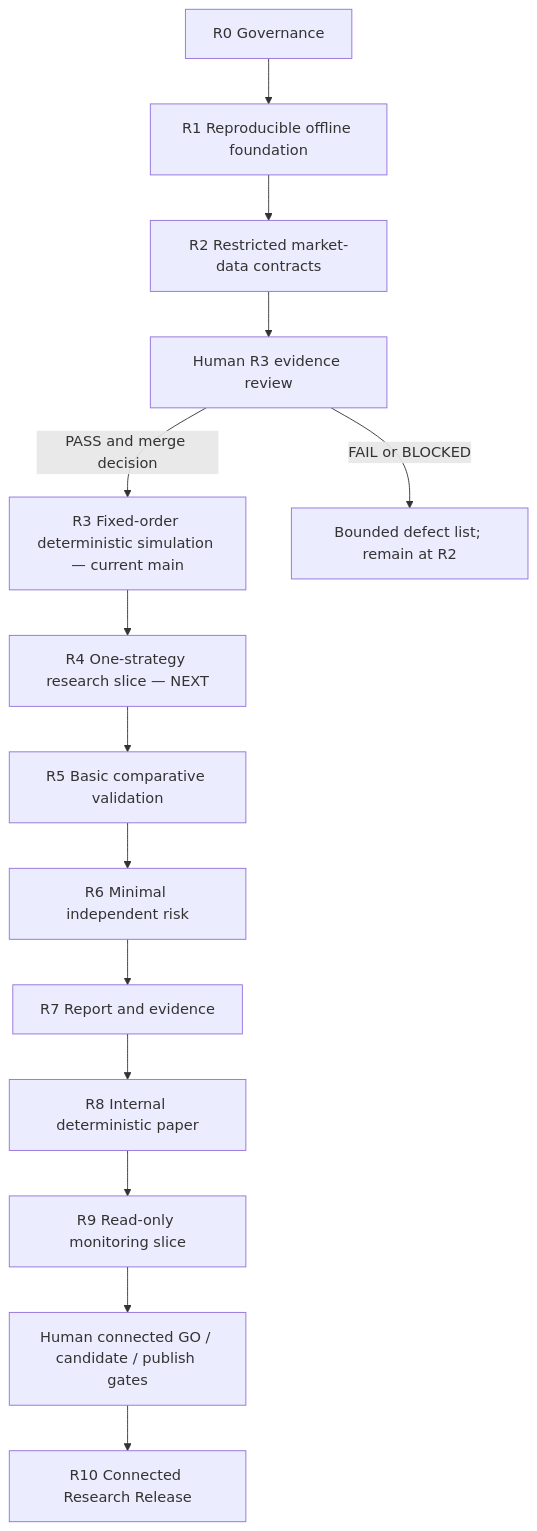
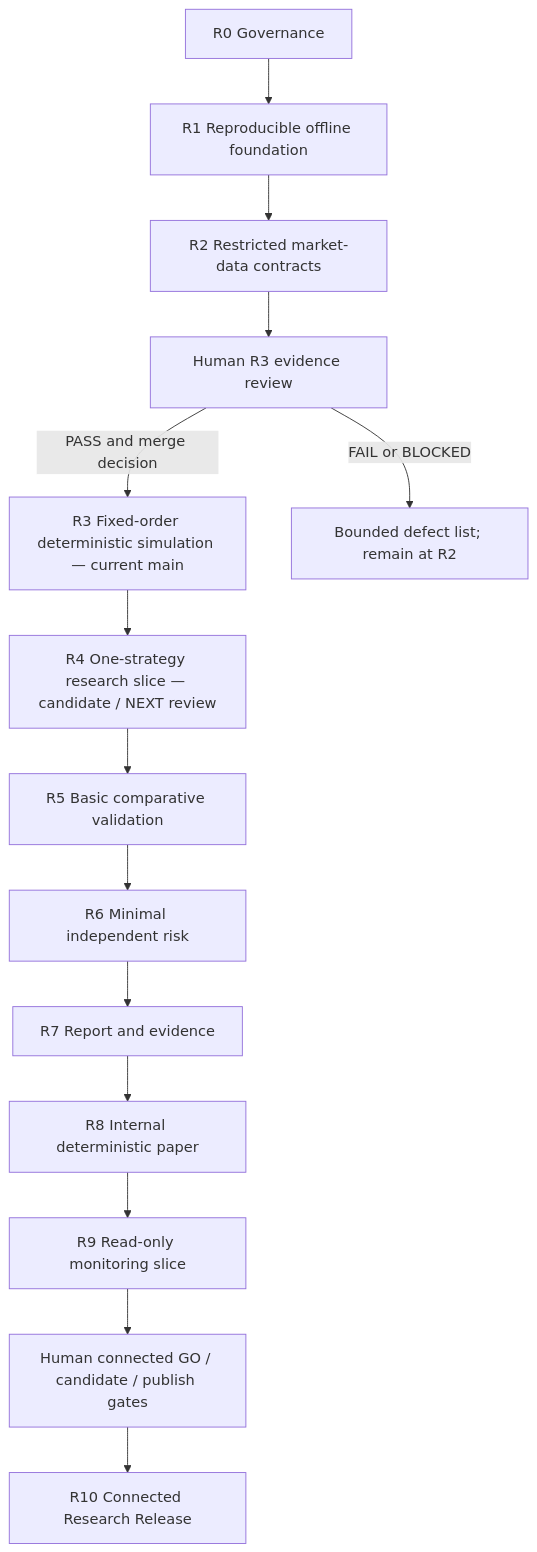
Before and after one commit to EngelN9/TradeGuard: the diagram in docs/roadmap/release-ladder.md, drawn with Mermaid. The commit also changed other lines of this file and 40 other files, not shown here.

Commit message:
Implement R4 strategy candidate

````diff
--- a/docs/roadmap/release-ladder.md
+++ b/docs/roadmap/release-ladder.md
@@ -61,16 +63,16 @@
 ```mermaid
 flowchart TD
   R0["R0 Governance"] --> R1["R1 Reproducible offline foundation"]
   R1 --> R2["R2 Restricted market-data contracts"]
   R2 --> H3["Human R3 evidence review"]
   H3 -->|PASS and merge decision| R3["R3 Fixed-order deterministic simulation — current main"]
   H3 -->|FAIL or BLOCKED| FIX["Bounded defect list; remain at R2"]
-  R3 --> R4["R4 One-strategy research slice — NEXT"]
+  R3 --> R4["R4 One-strategy research slice — candidate / NEXT review"]
   R4 --> R5["R5 Basic comparative validation"]
   R5 --> R6["R6 Minimal independent risk"]
   R6 --> R7["R7 Report and evidence"]
   R7 --> R8["R8 Internal deterministic paper"]
   R8 --> R9["R9 Read-only monitoring slice"]
   R9 --> G10["Human connected GO / candidate / publish gates"]
   G10 --> R10["R10 Connected Research Release"]
 ```
````
